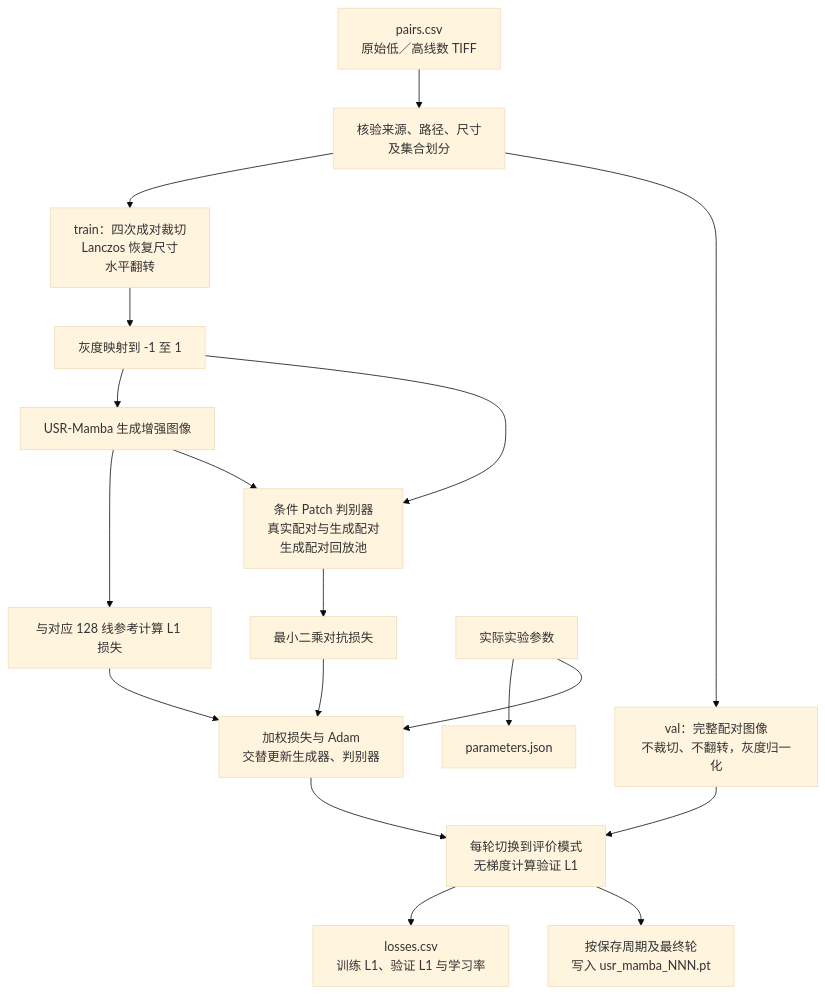
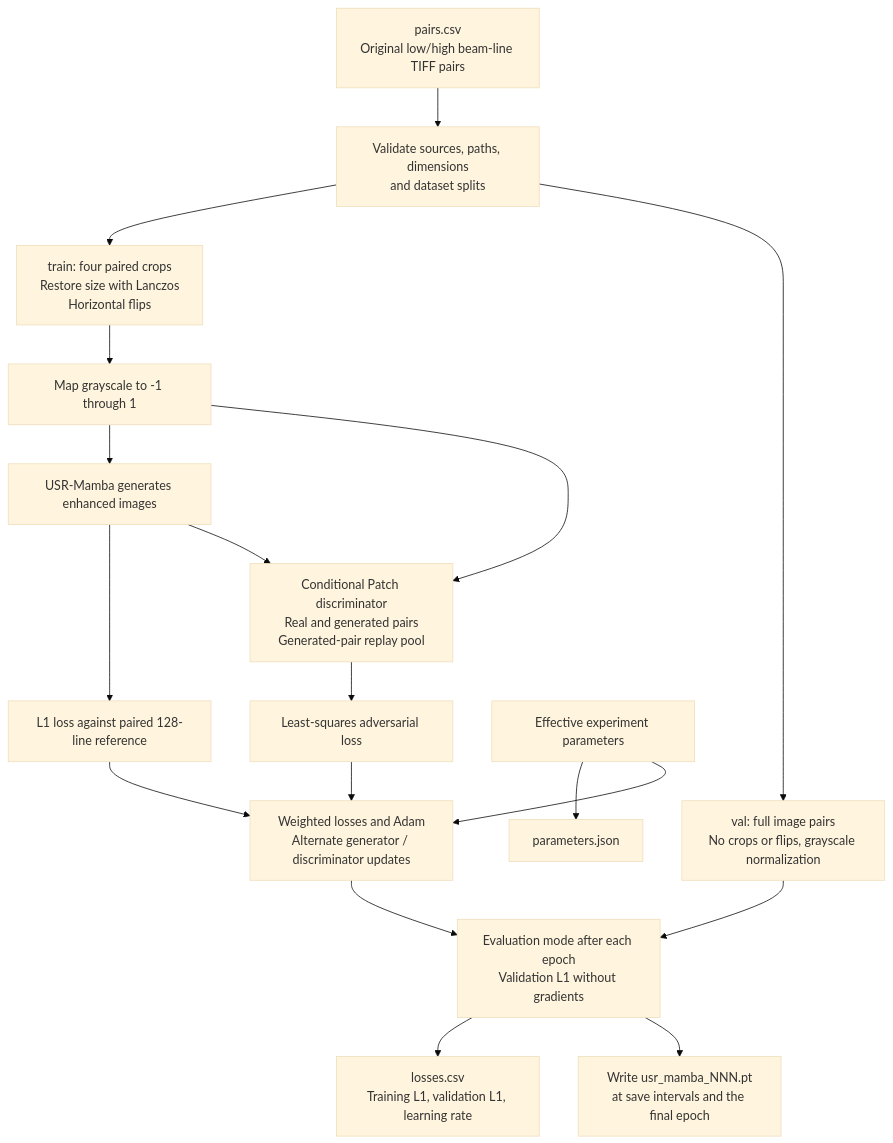
Before and after one commit to LumaVistaLab/hevc-ksvd-mamba-for-ultrasound: the fifth of 7 diagrams in README.md, drawn with Mermaid (base theme). The commit also changed other lines of this file and 3 other files, not shown here.

````diff
--- a/README.md
+++ b/README.md
@@ -439,20 +476,20 @@
 ```mermaid
 flowchart TD
-    Manifest["pairs.csv<br/>原始低／高线数 TIFF"] --> Check["核验来源、路径、尺寸<br/>及集合划分"]
-    Check --> Train["train：四次成对裁切<br/>Lanczos 恢复尺寸<br/>水平翻转"]
-    Train --> Normalize["灰度映射到 -1 至 1"]
-    Normalize --> Generator["USR-Mamba 生成增强图像"]
-    Generator --> L1["与对应 128 线参考计算 L1 损失"]
-    Normalize --> Discriminator["条件 Patch 判别器<br/>真实配对与生成配对<br/>生成配对回放池"]
+    Manifest["pairs.csv<br/>Original low/high beam-line TIFF pairs"] --> Check["Validate sources, paths, dimensions<br/>and dataset splits"]
+    Check --> Train["train: four paired crops<br/>Restore size with Lanczos<br/>Horizontal flips"]
+    Train --> Normalize["Map grayscale to -1 through 1"]
+    Normalize --> Generator["USR-Mamba generates enhanced images"]
+    Generator --> L1["L1 loss against paired 128-line reference"]
+    Normalize --> Discriminator["Conditional Patch discriminator<br/>Real and generated pairs<br/>Generated-pair replay pool"]
     Generator --> Discriminator
-    Discriminator --> Adversarial["最小二乘对抗损失"]
-    L1 --> Update["加权损失与 Adam<br/>交替更新生成器、判别器"]
+    Discriminator --> Adversarial["Least-squares adversarial loss"]
+    L1 --> Update["Weighted losses and Adam<br/>Alternate generator / discriminator updates"]
     Adversarial --> Update
-    Check --> Validation["val：完整配对图像<br/>不裁切、不翻转，灰度归一化"]
-    Update --> Validate["每轮切换到评价模式<br/>无梯度计算验证 L1"]
+    Check --> Validation["val: full image pairs<br/>No crops or flips, grayscale normalization"]
+    Update --> Validate["Evaluation mode after each epoch<br/>Validation L1 without gradients"]
     Validation --> Validate
-    Validate --> Logs["losses.csv<br/>训练 L1、验证 L1 与学习率"]
-    Validate --> Save["按保存周期及最终轮<br/>写入 usr_mamba_NNN.pt"]
-    Parameters["实际实验参数"] --> Config["parameters.json"]
+    Validate --> Logs["losses.csv<br/>Training L1, validation L1, learning rate"]
+    Validate --> Save["Write usr_mamba_NNN.pt<br/>at save intervals and the final epoch"]
+    Parameters["Effective experiment parameters"] --> Config["parameters.json"]
     Parameters --> Update
 ```
````
